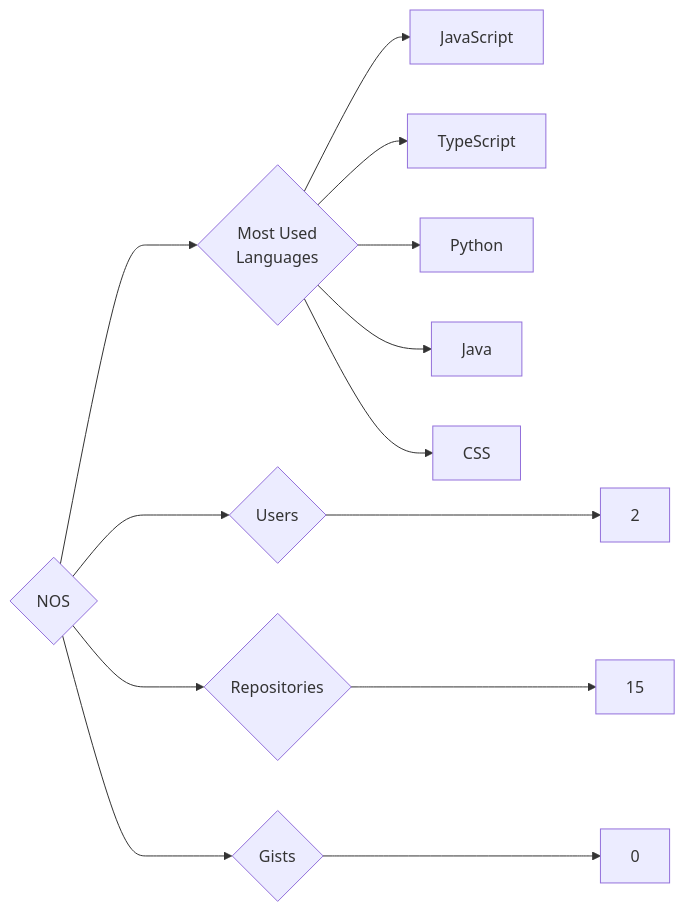
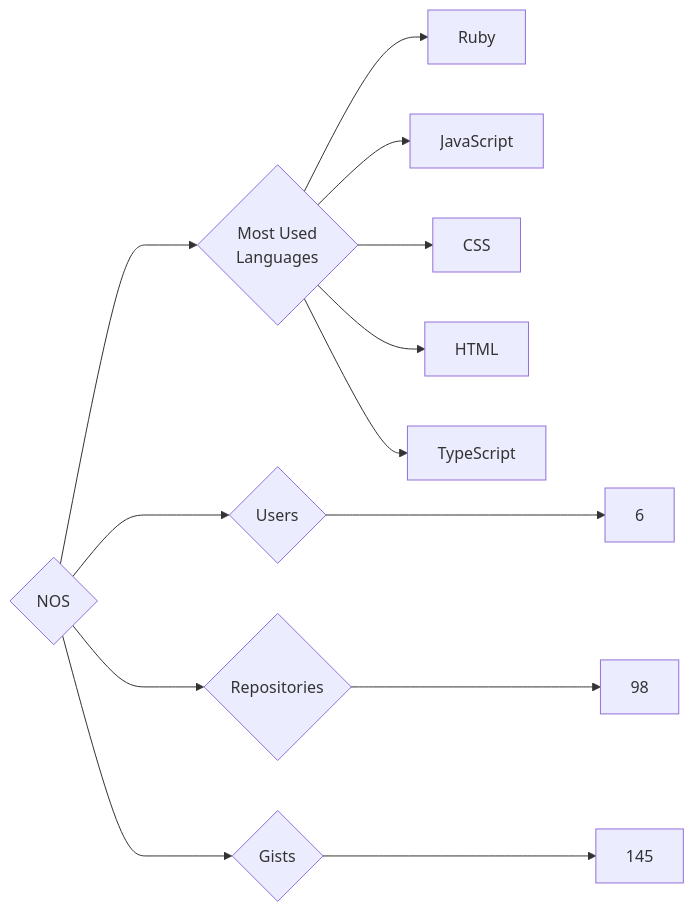
Before and after one commit to trickest/insiders: the diagram in targets/NOS/README.md, drawn with Mermaid. The commit also changed 886 other files, not shown here.

````diff
--- a/targets/NOS/README.md
+++ b/targets/NOS/README.md
@@ -3,13 +3,13 @@
 ```mermaid
 graph LR
 COMPANY_NAME{NOS}
-COMPANY_NAME ---> U{Users} ---> UN[2]
-COMPANY_NAME ---> R{Repositories} ---> RN[15]
-COMPANY_NAME ---> G{Gists} ---> GN[0]
+COMPANY_NAME ---> U{Users} ---> UN[6]
+COMPANY_NAME ---> R{Repositories} ---> RN[98]
+COMPANY_NAME ---> G{Gists} ---> GN[145]
 COMPANY_NAME ---> ML{Most Used<br>Languages}
+ML --> Ruby[Ruby]
 ML --> JavaScript[JavaScript]
+ML --> CSS[CSS]
+ML --> HTML[HTML]
 ML --> TypeScript[TypeScript]
-ML --> Python[Python]
-ML --> Java[Java]
-ML --> CSS[CSS]
 ```
````
